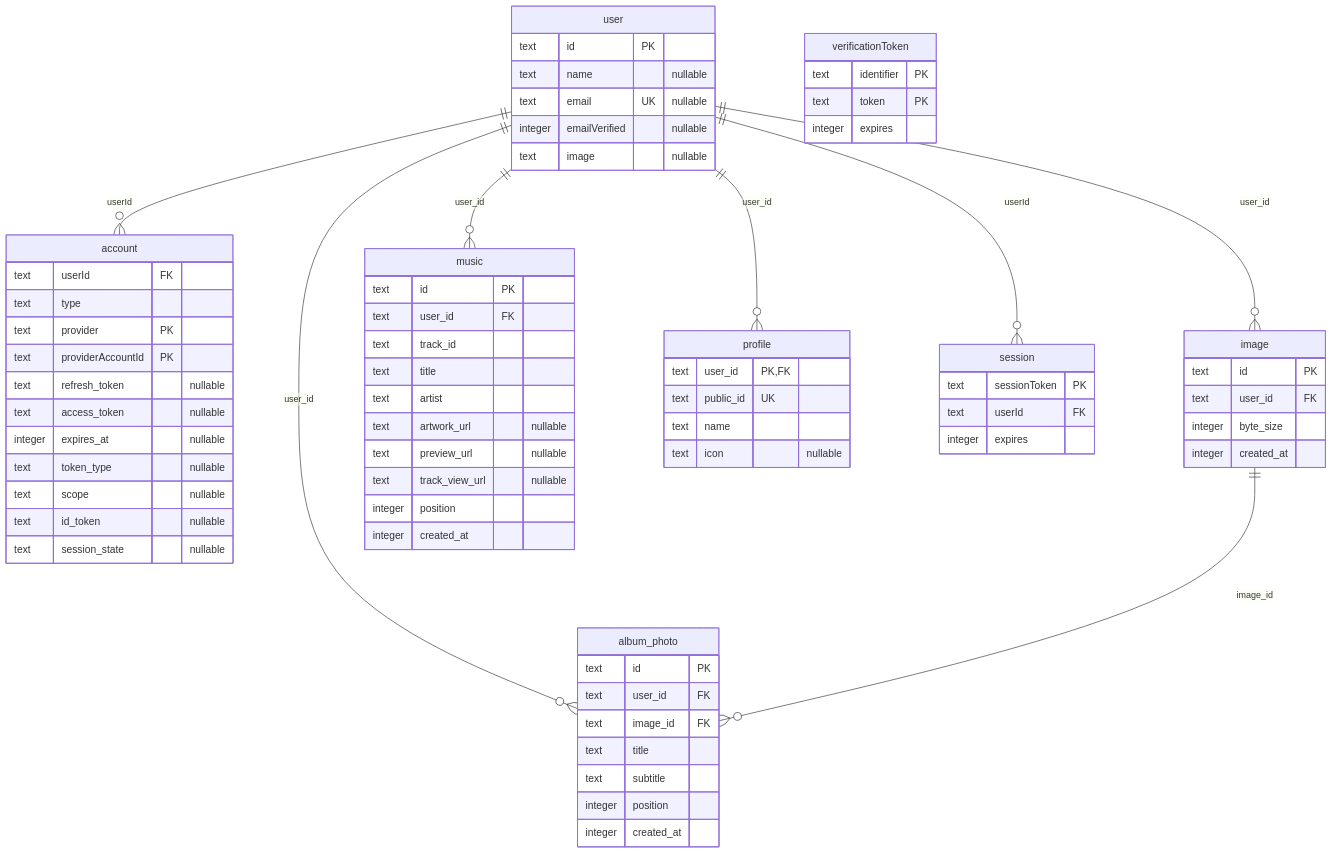
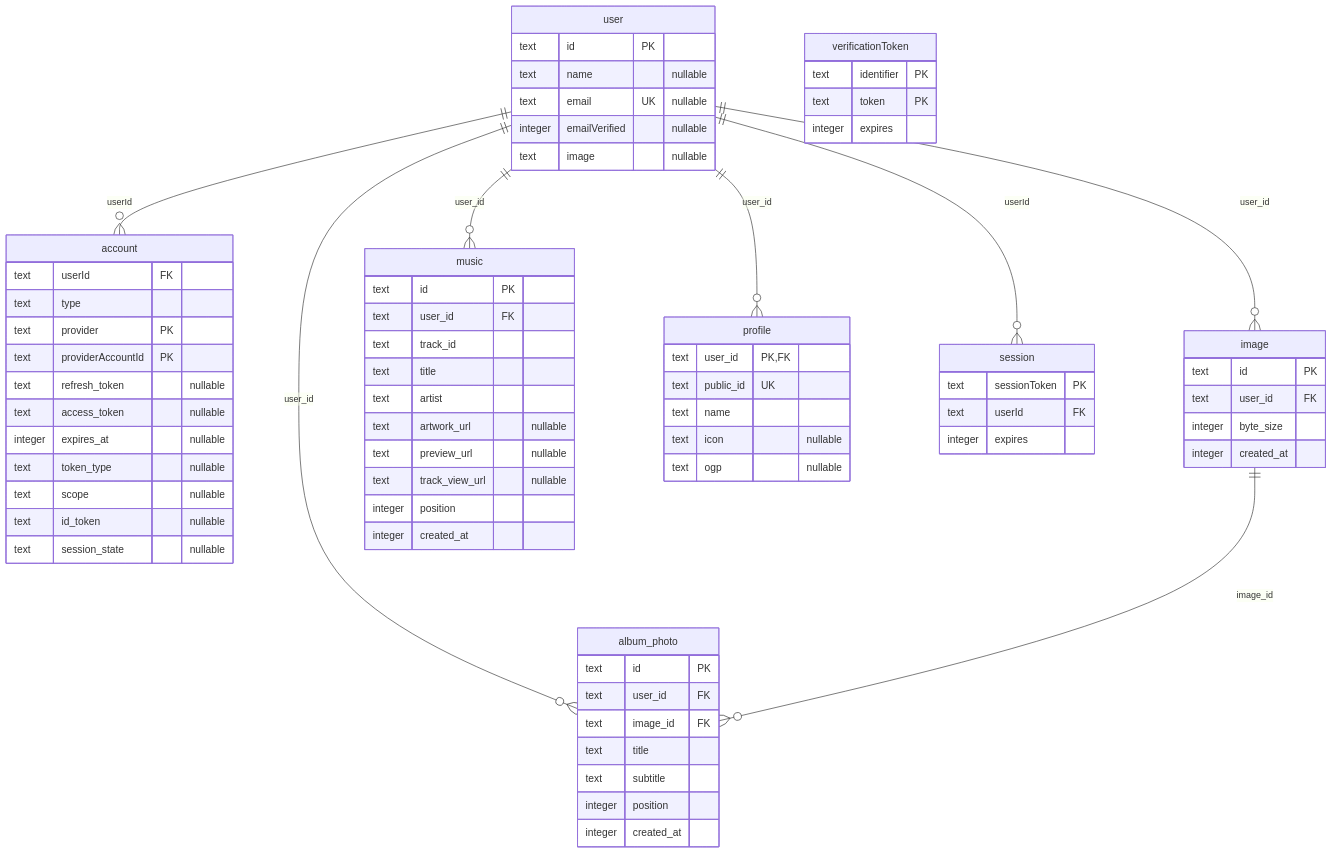
One commit to nito-008/oheya changed the diagram in docs/er.md. Above: the diagram before and after it, drawn with Mermaid. The commit also changed 13 other files, not shown here.

````diff
--- a/docs/er.md
+++ b/docs/er.md
@@ -6,73 +6,74 @@
 ```mermaid
 erDiagram
   account {
     text userId FK
     text type
     text provider PK
     text providerAccountId PK
     text refresh_token "nullable"
     text access_token "nullable"
     integer expires_at "nullable"
     text token_type "nullable"
     text scope "nullable"
     text id_token "nullable"
     text session_state "nullable"
   }
   album_photo {
     text id PK
     text user_id FK
     text image_id FK
     text title
     text subtitle
     integer position
     integer created_at
   }
   image {
     text id PK
     text user_id FK
     integer byte_size
     integer created_at
   }
   music {
     text id PK
     text user_id FK
     text track_id
     text title
     text artist
     text artwork_url "nullable"
     text preview_url "nullable"
     text track_view_url "nullable"
     integer position
     integer created_at
   }
   profile {
     text user_id PK,FK
     text public_id UK
     text name
     text icon "nullable"
+    text ogp "nullable"
   }
   session {
     text sessionToken PK
     text userId FK
     integer expires
   }
   user {
     text id PK
     text name "nullable"
     text email UK "nullable"
     integer emailVerified "nullable"
     text image "nullable"
   }
   verificationToken {
     text identifier PK
     text token PK
     integer expires
   }
   user ||--o{ account : "userId"
   user ||--o{ album_photo : "user_id"
   image ||--o{ album_photo : "image_id"
   user ||--o{ image : "user_id"
   user ||--o{ music : "user_id"
   user ||--o{ profile : "user_id"
   user ||--o{ session : "userId"
 ```
````
